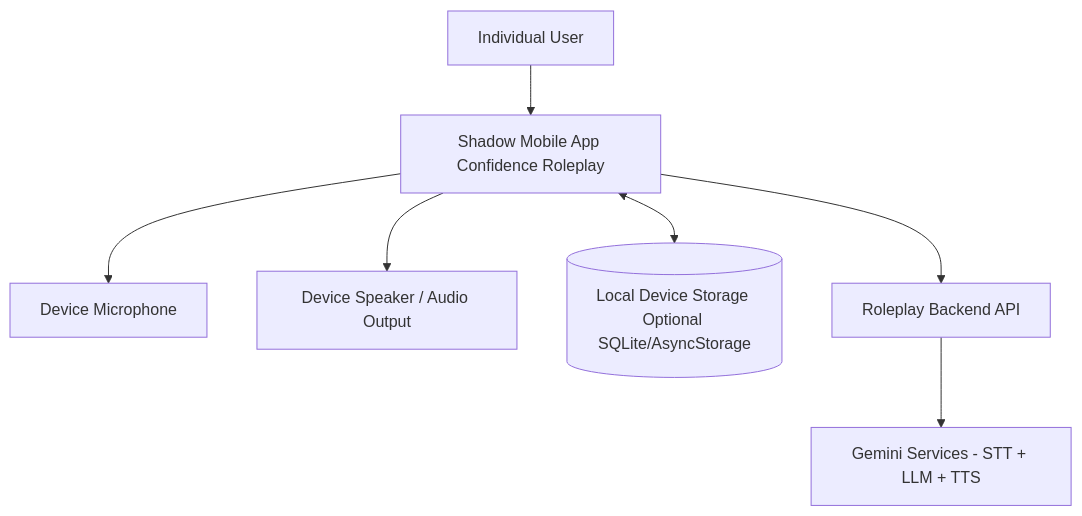
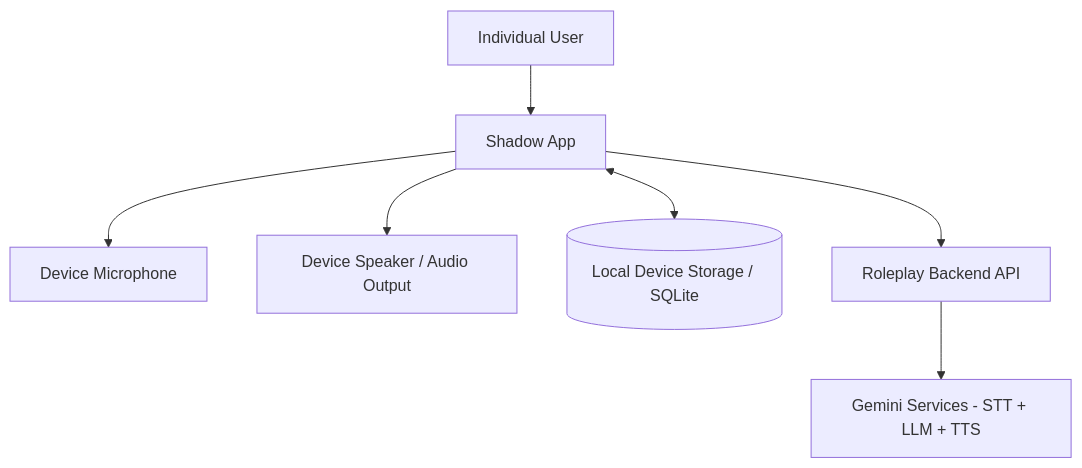
Before and after one commit to d00375828/SeniorProject: the fourth of 4 diagrams in docs/NEWcore-diagrams.md, drawn with Mermaid.

Commit message:
i hate my life

````diff
--- a/docs/NEWcore-diagrams.md
+++ b/docs/NEWcore-diagrams.md
@@ -157,17 +157,17 @@
 ```mermaid
 flowchart TB
     USER[Individual User]
-    APP[Shadow Mobile App Confidence Roleplay]
+    APP[Shadow App]
     MIC[Device Microphone]
     SPK[Device Speaker / Audio Output]
-    LOCAL[(Local Device Storage Optional SQLite/AsyncStorage)]
+    LOCAL[(Local Device Storage / SQLite)]
     ROLEAPI[Roleplay Backend API]
     GEMINI[Gemini Services - STT + LLM + TTS]
 
     USER --> APP
     APP --> MIC
     APP --> SPK
     APP <--> LOCAL
     APP --> ROLEAPI
     ROLEAPI --> GEMINI
 ```
````
